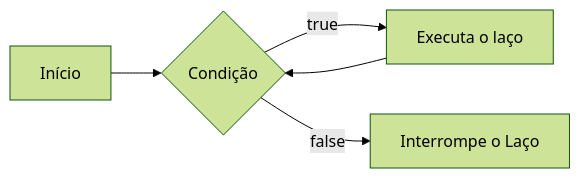
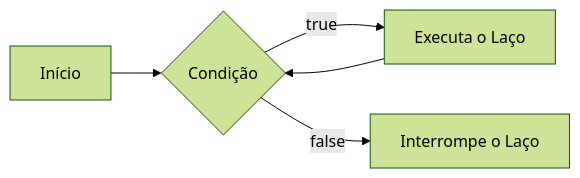
Before and after one commit to EduardoPaulino10/PHPVanilla: the sixth of 28 diagrams in README.md, drawn with Mermaid (forest theme). The commit also changed other lines of this file and 49 other files, not shown here.

````diff
--- a/README.md
+++ b/README.md
@@ -364,10 +364,10 @@
 ```mermaid
 
-flowchart LR 
+graph LR
 
     A[Início] --> B{Condição}
-    B --true--> C[Executa o laço]
+    B --true--> C[Executa o Laço]
     C --> B
     B --false--> D[Interrompe o Laço]
 
 ```
````
